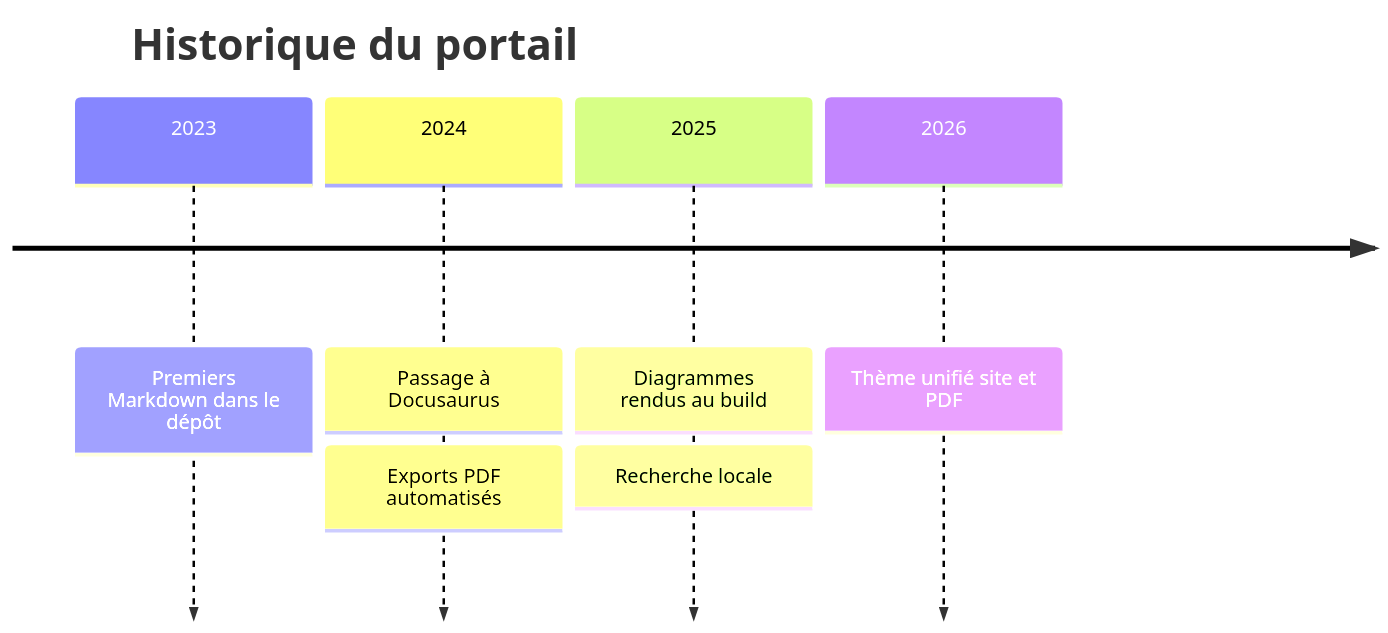
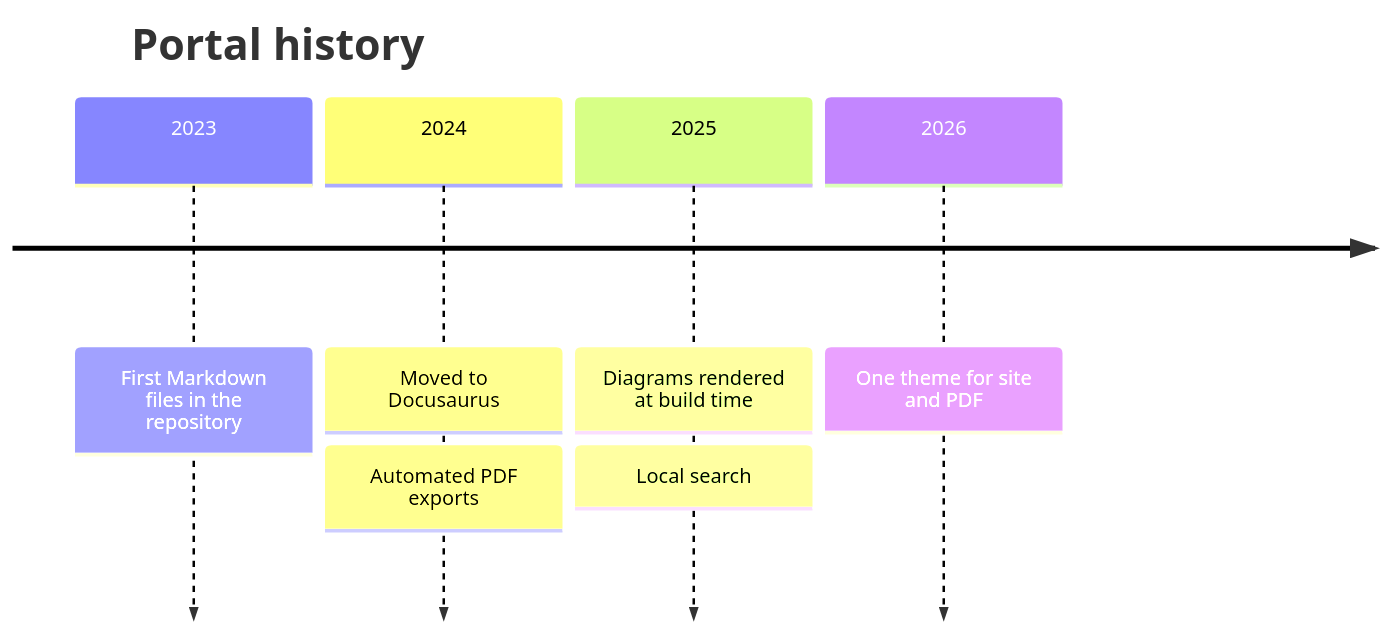
Before and after one commit to InnovateIt-ak/docusaurus: diagram 16 of 25 in docs/mermaid-diagrams.mdx, drawn with Mermaid. The commit also changed other lines of this file, not shown here.

First line of the commit message:
Translate the Mermaid reference page to English

````diff
--- a/docs/mermaid-diagrams.mdx
+++ b/docs/mermaid-diagrams.mdx
@@ -771,10 +768,10 @@
 ```mermaid
 timeline
-    title Historique du portail
-    2023 : Premiers Markdown dans le dépôt
-    2024 : Passage à Docusaurus
-         : Exports PDF automatisés
-    2025 : Diagrammes rendus au build
-         : Recherche locale
-    2026 : Thème unifié site et PDF
+    title Portal history
+    2023 : First Markdown files in the repository
+    2024 : Moved to Docusaurus
+         : Automated PDF exports
+    2025 : Diagrams rendered at build time
+         : Local search
+    2026 : One theme for site and PDF
 ```
````
